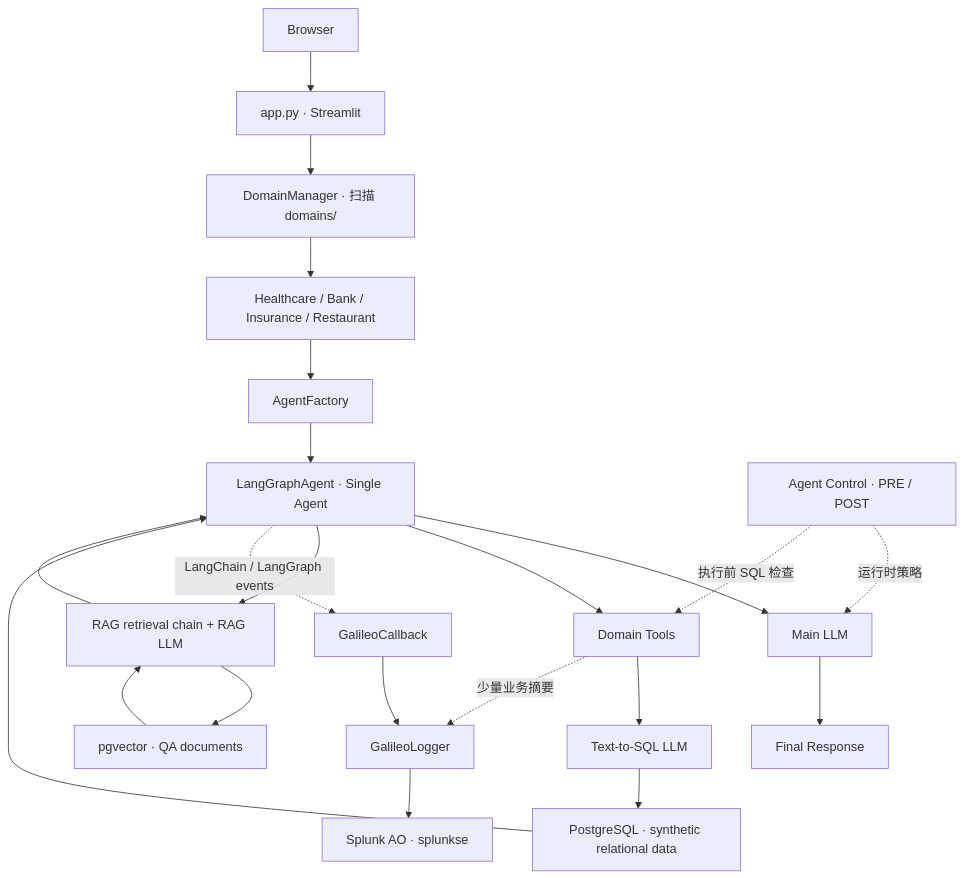
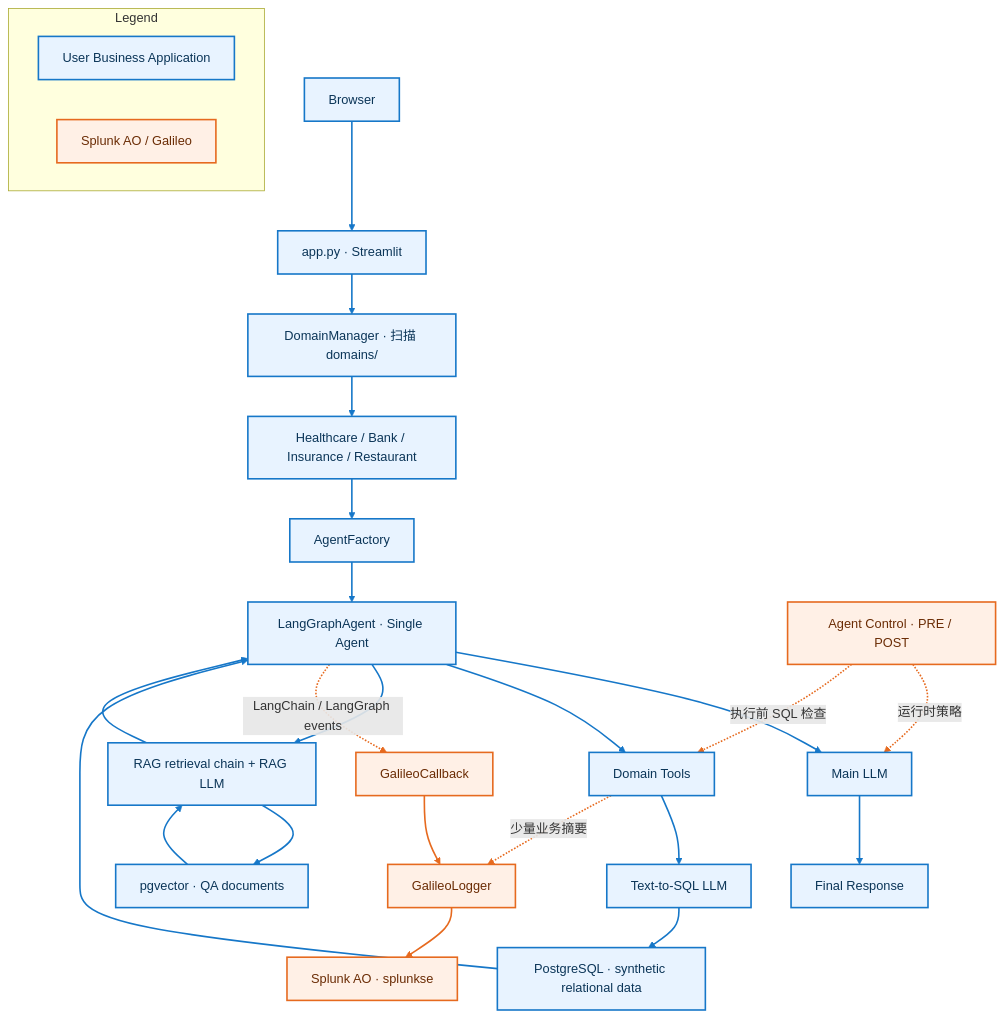
The diagram in README.md (highopes/splunk-ao-golden-demo), drawn with Mermaid before and after one commit. The commit also changed other lines of this file, not shown here.

Commit message:
improve readme

````diff
--- a/README.md
+++ b/README.md
@@ -19,24 +19,46 @@
 ```mermaid
 flowchart TD
     B[Browser] --> S[app.py · Streamlit]
     S --> D[DomainManager · 扫描 domains/]
     D --> H[Healthcare / Bank / Insurance / Restaurant]
     H --> F[AgentFactory]
     F --> A[LangGraphAgent · Single Agent]
     A --> L[Main LLM]
     A --> T[Domain Tools]
     A --> R[RAG retrieval chain + RAG LLM]
     T --> Q[Text-to-SQL LLM]
     Q --> P[PostgreSQL · synthetic relational data]
     R --> V[pgvector · QA documents]
     L --> O[Final Response]
     P --> A
     V --> R
     R --> A
+
     A -. LangChain / LangGraph events .-> C[GalileoCallback]
     T -. 少量业务摘要 .-> G[GalileoLogger]
     C --> G
     G --> AO[Splunk AO · splunkse]
+
     AC[Agent Control · PRE / POST] -. 运行时策略 .-> L
     AC -. 执行前 SQL 检查 .-> T
+
+    %% Legend
+    subgraph LEGEND[Legend]
+        direction LR
+        LEG_APP[User Business Application]
+        LEG_GAL[Splunk AO / Galileo]
+    end
+
+    %% Node styles
+    classDef app fill:#E8F3FF,stroke:#1677C8,stroke-width:2px,color:#0B3558;
+    classDef galileo fill:#FFF0E6,stroke:#E66A1F,stroke-width:2px,color:#6B2C05;
+
+    class B,S,D,H,F,A,L,T,R,Q,P,V,O,LEG_APP app;
+    class C,G,AO,AC,LEG_GAL galileo;
+
+    %% Application data/control flow
+    linkStyle 0,1,2,3,4,5,6,7,8,9,10,11,12,13,14 stroke:#1677C8,stroke-width:2px;
+
+    %% Galileo observability / control flow
+    linkStyle 15,16,17,18,19,20 stroke:#E66A1F,stroke-width:2px;
 ```
````
